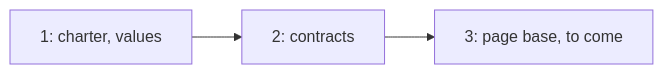
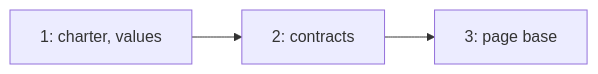
The diagram in docs/recaps/2026-11-21-design-skeleton.md (ancJ29/credo), drawn with Mermaid before and after one commit. The commit also changed other lines of this file and 4 other files, not shown here.

````diff
--- a/docs/recaps/2026-11-21-design-skeleton.md
+++ b/docs/recaps/2026-11-21-design-skeleton.md
@@ -5,4 +5,4 @@
 ```mermaid
 flowchart LR
-  a["1: charter, values"] --> b["2: contracts"] --> c["3: page base, to come"]
+  a["1: charter, values"] --> b["2: contracts"] --> c["3: page base"]
 ```
````
